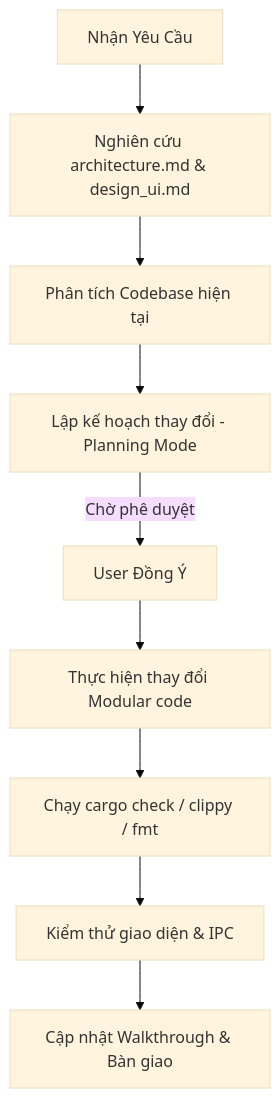
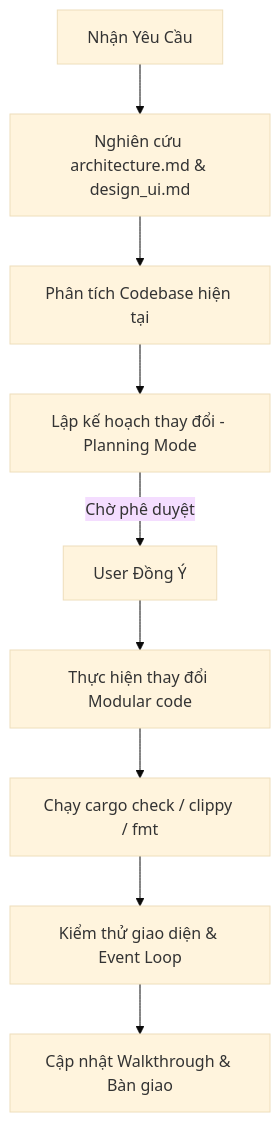
One commit to thichuong/NetWarp-Manager changed the diagram in .agents/workflows/rust.md. Above: the diagram before and after it, drawn with Mermaid (base theme). The commit also changed other lines of this file and 2 other files, not shown here.

````diff
--- a/.agents/workflows/rust.md
+++ b/.agents/workflows/rust.md
@@ -61,11 +55,11 @@
 ```mermaid
 graph TD
     A[Nhận Yêu Cầu] --> B[Nghiên cứu architecture.md & design_ui.md]
     B --> C[Phân tích Codebase hiện tại]
     C --> D[Lập kế hoạch thay đổi - Planning Mode]
     D -->|Chờ phê duyệt| E[User Đồng Ý]
     E --> F[Thực hiện thay đổi Modular code]
     F --> G[Chạy cargo check / clippy / fmt]
-    G --> H[Kiểm thử giao diện & IPC]
+    G --> H[Kiểm thử giao diện & Event Loop]
     H --> I[Cập nhật Walkthrough & Bàn giao]
 ```
````
